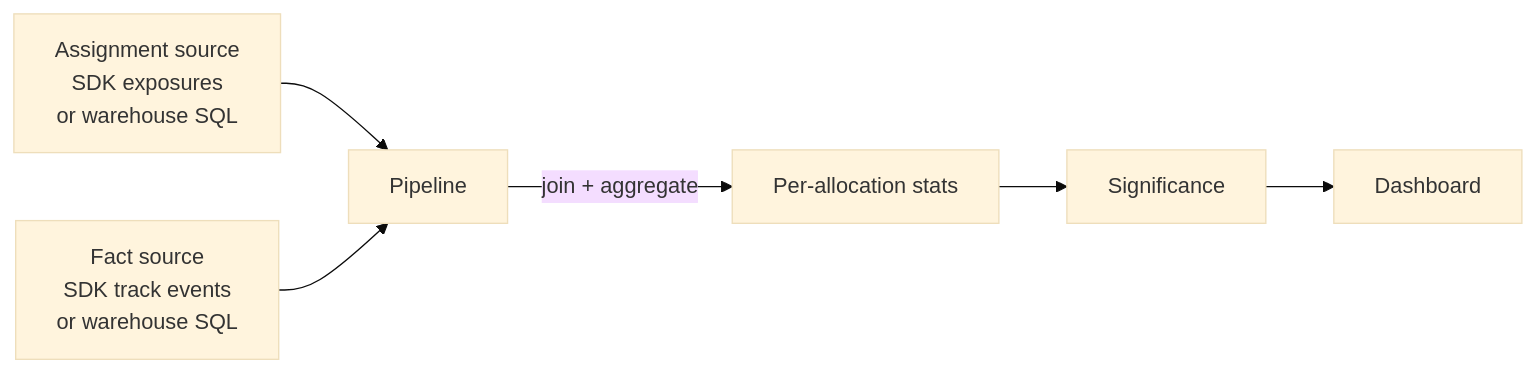
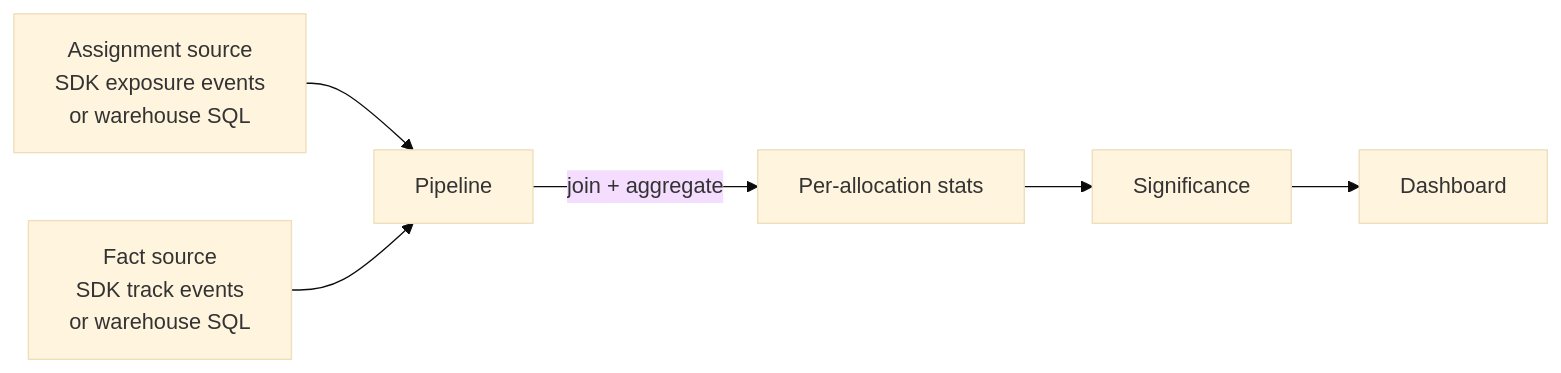
Before and after one commit to traffical/docs: the diagram in concepts/warehouse-native.mdx, drawn with Mermaid (base theme). The commit also changed other lines of this file and 64 other files, not shown here.

First line of the commit message:
docs: terminology v3 — allocation/assignment-events/enrolled-units vocabulary + glossary

````diff
--- a/concepts/warehouse-native.mdx
+++ b/concepts/warehouse-native.mdx
@@ -142,8 +146,8 @@
 ```mermaid
 flowchart LR
-    A["Assignment source<br/>SDK exposures<br/>or warehouse SQL"] --> P[Pipeline]
+    A["Assignment source<br/>SDK exposure events<br/>or warehouse SQL"] --> P[Pipeline]
     F["Fact source<br/>SDK track events<br/>or warehouse SQL"] --> P
     P -->|join + aggregate| Stats["Per-allocation stats"]
     Stats --> Sig["Significance"]
     Sig --> D[Dashboard]
 ```
````
